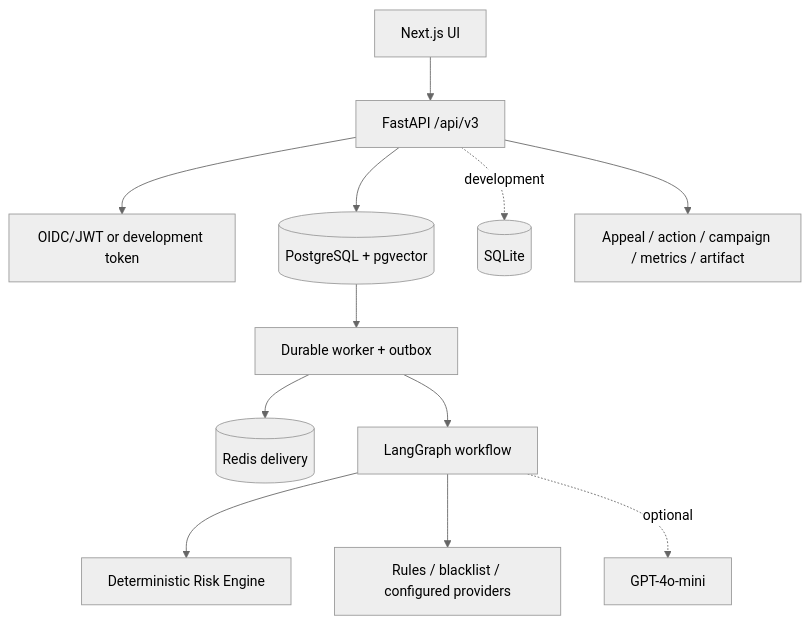
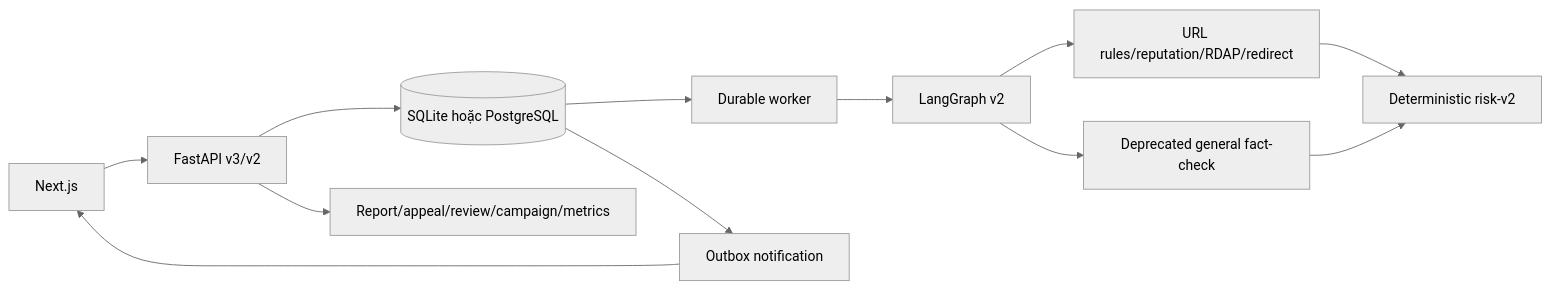
Before and after one commit to Binhdn04/TrustGuard-AI: the diagram in ARCHITECTURE.md, drawn with Mermaid (neutral theme). The commit also changed other lines of this file and 12 other files, not shown here.

````diff
--- a/ARCHITECTURE.md
+++ b/ARCHITECTURE.md
@@ -9,14 +10,14 @@
 ```mermaid
-flowchart TB
-    UI[Next.js UI] --> API[FastAPI /api/v3]
-    API --> Auth[OIDC/JWT or development token]
-    API --> PG[(PostgreSQL + pgvector)]
-    API -. development .-> SQLite[(SQLite)]
-    PG --> Worker[Durable worker + outbox]
-    Worker --> Redis[(Redis delivery)]
-    Worker --> Agent[LangGraph workflow]
-    Agent --> Risk[Deterministic Risk Engine]
-    Agent --> Tools[Rules / blacklist / configured providers]
-    API --> W2[Appeal / action / campaign / metrics / artifact]
-    Agent -. optional .-> LLM[GPT-4o-mini]
+flowchart LR
+    UI[Next.js] --> API[FastAPI v3/v2]
+    API --> DB[(SQLite hoặc PostgreSQL)]
+    DB --> Worker[Durable worker]
+    Worker --> Graph[LangGraph v2]
+    Graph --> URL[URL rules/reputation/RDAP/redirect]
+    Graph --> Legacy[Deprecated general fact-check]
+    URL --> Risk[Deterministic risk-v2]
+    Legacy --> Risk
+    API --> Admin[Report/appeal/review/campaign/metrics]
+    DB --> Redis[Outbox notification]
+    Redis --> UI
 ```
````
